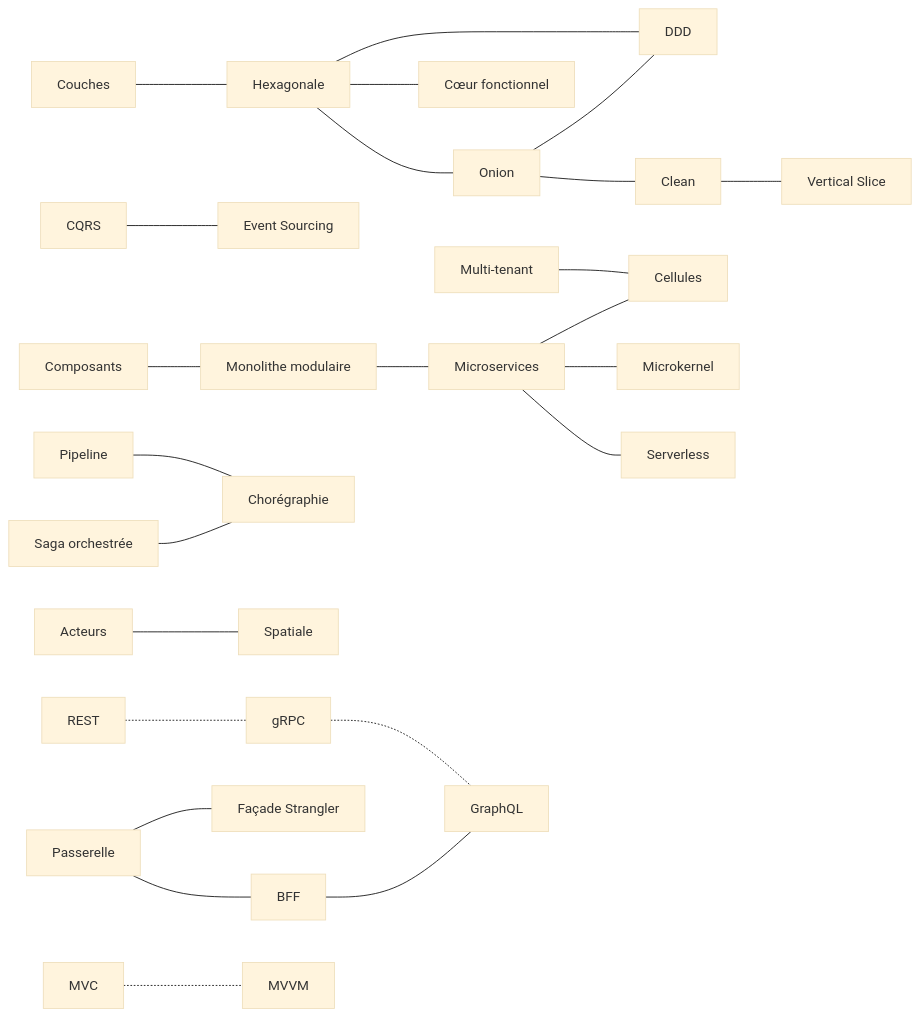
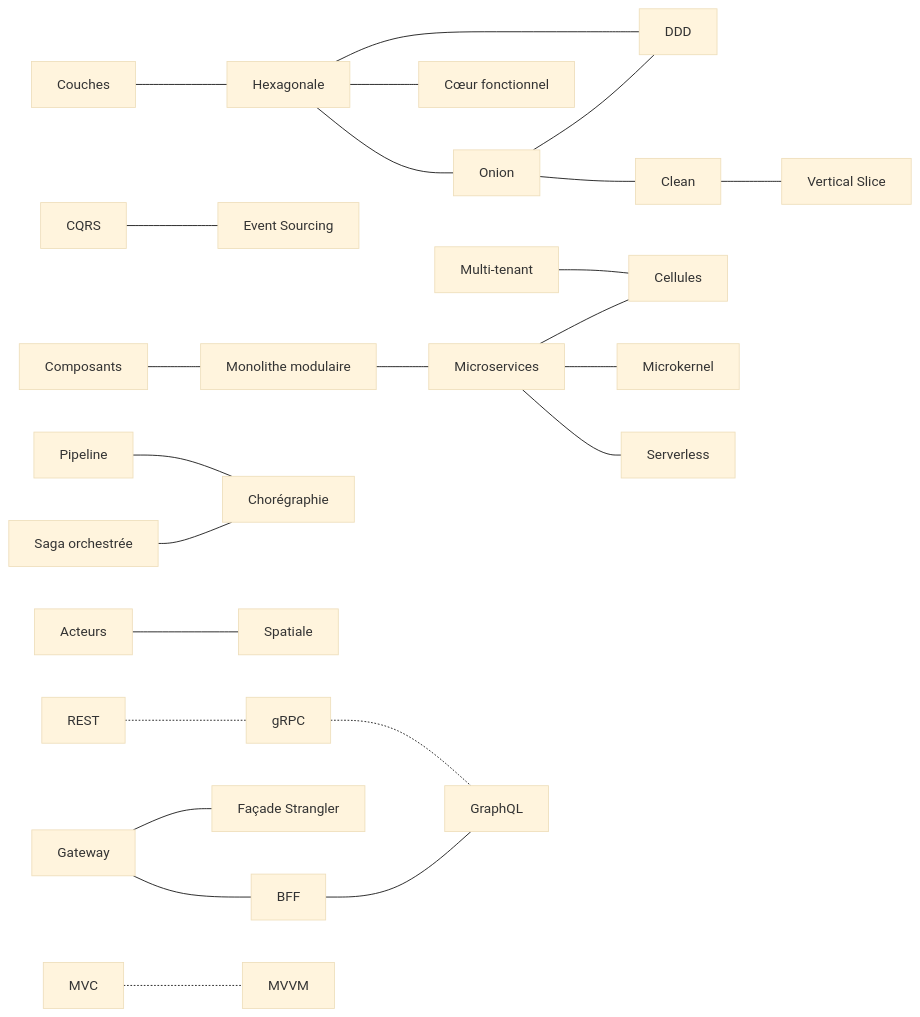
The diagram in Docs/differences/README.md (drangoht/ArchitecturesDemo), drawn with Mermaid (base theme) before and after one commit. The commit also changed 70 other files, not shown here.

Commit message:
Docs FR : identifiants, liens, diagrammes et sorties alignés sur le code anglais

````diff
--- a/Docs/differences/README.md
+++ b/Docs/differences/README.md
@@ -73,25 +73,25 @@
 ```mermaid
 flowchart LR
     CO["Couches"] --- HE["Hexagonale"]
     HE --- ON["Onion"]
     ON --- CL["Clean"]
     CL --- VS["Vertical Slice"]
     HE --- CF["Cœur fonctionnel"]
     HE --- DDD["DDD"]
     ON --- DDD
     CQ["CQRS"] --- ES["Event Sourcing"]
     CP["Composants"] --- MM["Monolithe modulaire"]
     MM --- MS["Microservices"]
     MS --- SL["Serverless"]
     MS --- MK["Microkernel"]
     MS --- CE["Cellules"]
     MT["Multi-tenant"] --- CE
     SA["Saga orchestrée"] --- CH["Chorégraphie"]
     PI["Pipeline"] --- CH
     AC["Acteurs"] --- SP["Spatiale"]
-    PA["Passerelle"] --- BFF["BFF"]
+    PA["Gateway"] --- BFF["BFF"]
     BFF --- GQ["GraphQL"]
     PA --- SF["Façade Strangler"]
     RE["REST"] -.- GR["gRPC"] -.- GQ
     MVC["MVC"] -.- MVVM["MVVM"]
 ```
````
